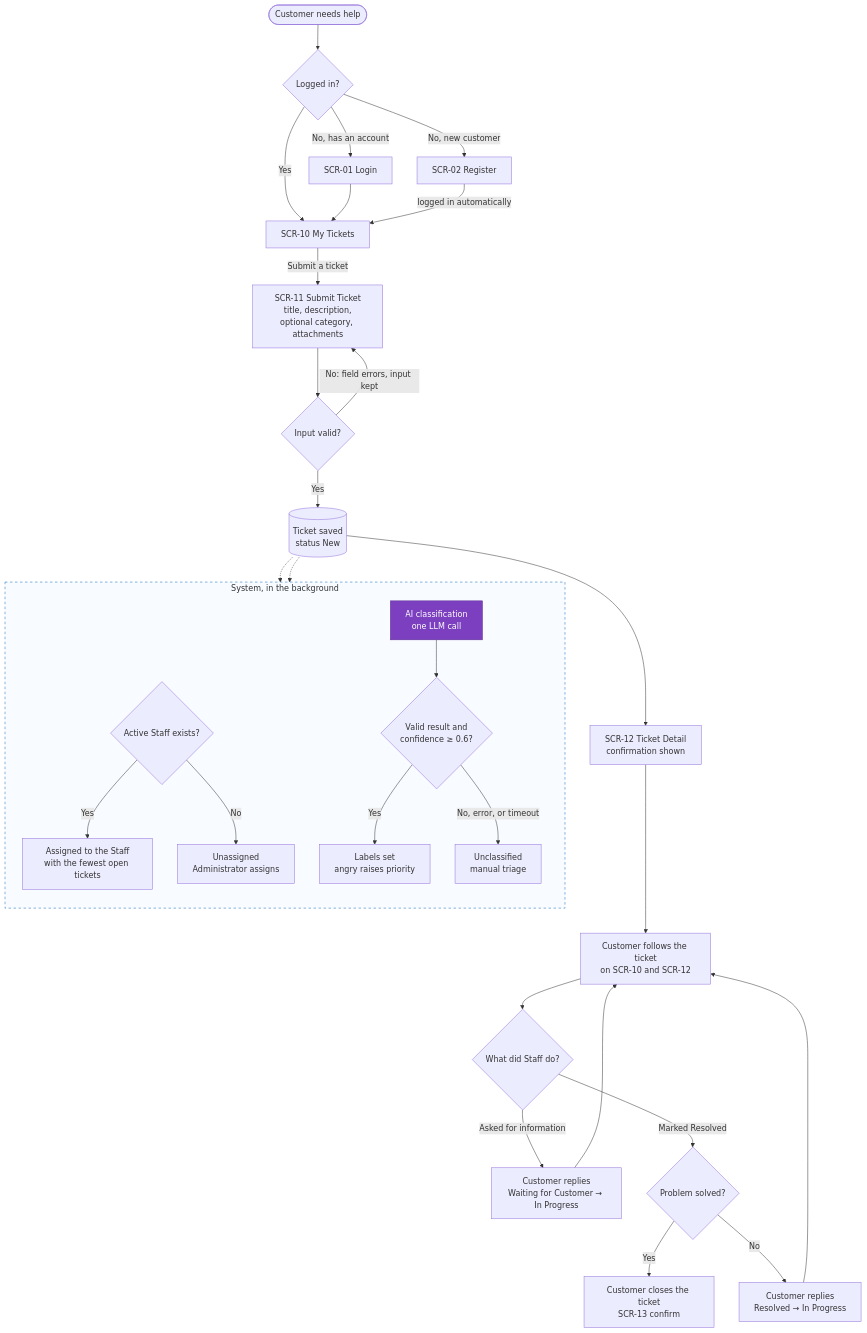
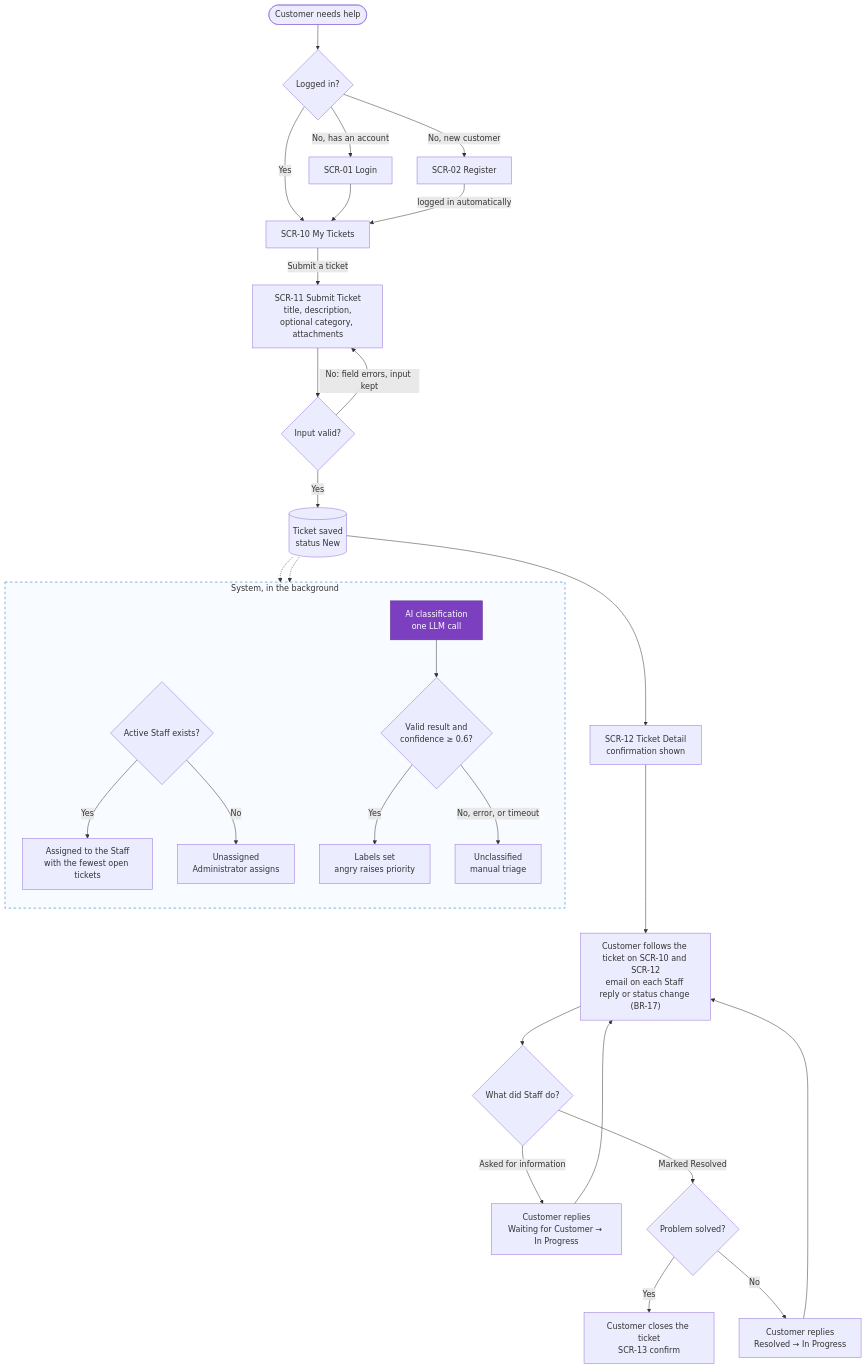
The first of 2 diagrams in docs/03-information-architecture/05-user-flows.md (minhtuann1102/HelpdeskAI), drawn with Mermaid before and after one commit. The commit also changed 17 other files, not shown here.

First line of the commit message:
docs: add customer email notifications for ticket updates (D-19, US-35)

````diff
--- a/docs/03-information-architecture/05-user-flows.md
+++ b/docs/03-information-architecture/05-user-flows.md
@@ -11,45 +11,45 @@
 ```mermaid
 flowchart TD
     start(["Customer needs help"]) --> session{"Logged in?"}
     session -->|"No, has an account"| login["SCR-01 Login"]
     session -->|"No, new customer"| register["SCR-02 Register"]
     session -->|"Yes"| myTickets["SCR-10 My Tickets"]
     login --> myTickets
     register -->|"logged in automatically"| myTickets
     myTickets -->|"Submit a ticket"| form["SCR-11 Submit Ticket<br/>title, description,<br/>optional category, attachments"]
     form --> valid{"Input valid?"}
     valid -->|"No: field errors, input kept"| form
     valid -->|"Yes"| saved[("Ticket saved<br/>status New")]
     saved --> detail["SCR-12 Ticket Detail<br/>confirmation shown"]
 
     subgraph background["System, in the background"]
         direction TB
         hasStaff{"Active Staff exists?"}
         assigned["Assigned to the Staff<br/>with the fewest open tickets"]
         unassigned["Unassigned<br/>Administrator assigns"]
         classify["AI classification<br/>one LLM call"]:::ai
         result{"Valid result and<br/>confidence ≥ 0.6?"}
         labelled["Labels set<br/>angry raises priority"]
         unclassified["Unclassified<br/>manual triage"]
         hasStaff -->|"Yes"| assigned
         hasStaff -->|"No"| unassigned
         classify --> result
         result -->|"Yes"| labelled
         result -->|"No, error, or timeout"| unclassified
     end
 
     saved -.-> hasStaff
     saved -.-> classify
 
-    detail --> follow["Customer follows the ticket<br/>on SCR-10 and SCR-12"]
+    detail --> follow["Customer follows the ticket on SCR-10 and SCR-12<br/>email on each Staff reply or status change (BR-17)"]
     follow --> staffReply{"What did Staff do?"}
     staffReply -->|"Asked for information"| answer["Customer replies<br/>Waiting for Customer → In Progress"]
     staffReply -->|"Marked Resolved"| solved{"Problem solved?"}
     solved -->|"Yes"| close["Customer closes the ticket<br/>SCR-13 confirm"]
     solved -->|"No"| reopen["Customer replies<br/>Resolved → In Progress"]
     answer --> follow
     reopen --> follow
 
     classDef ai fill:#7b3fbf,color:#fff,stroke:#5a2d8c
     style background fill:#f8fbff,stroke:#1168bd,stroke-dasharray:5 5
 ```
````
